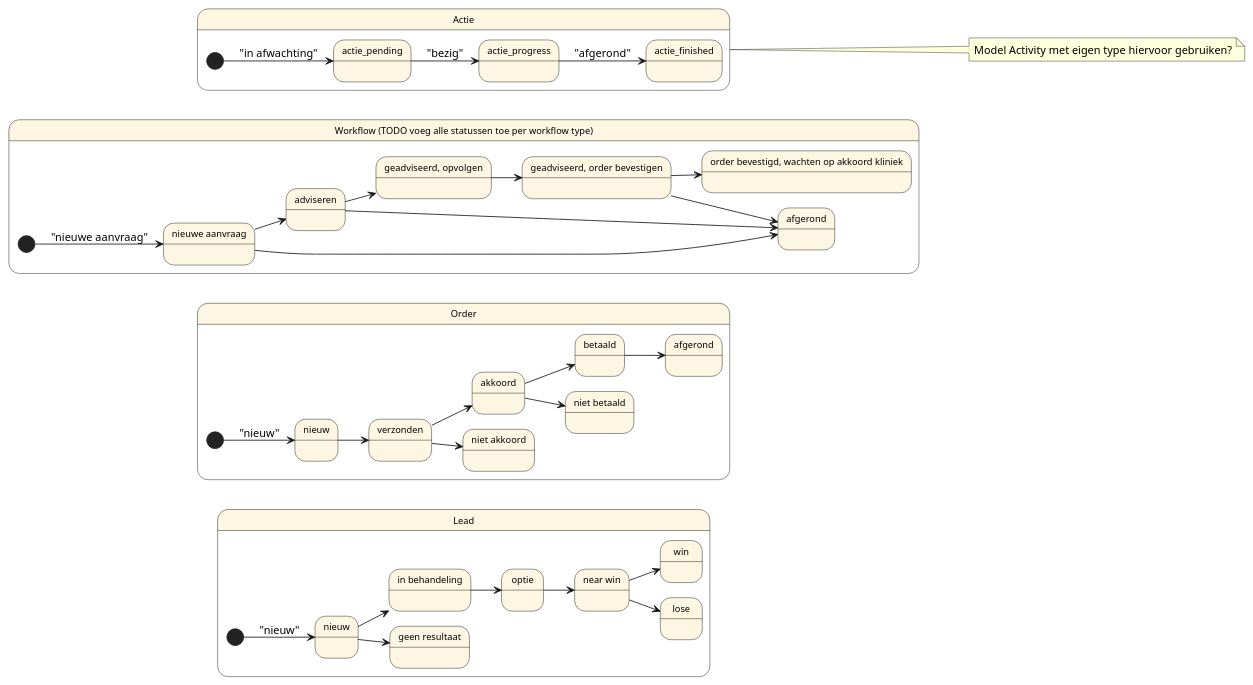
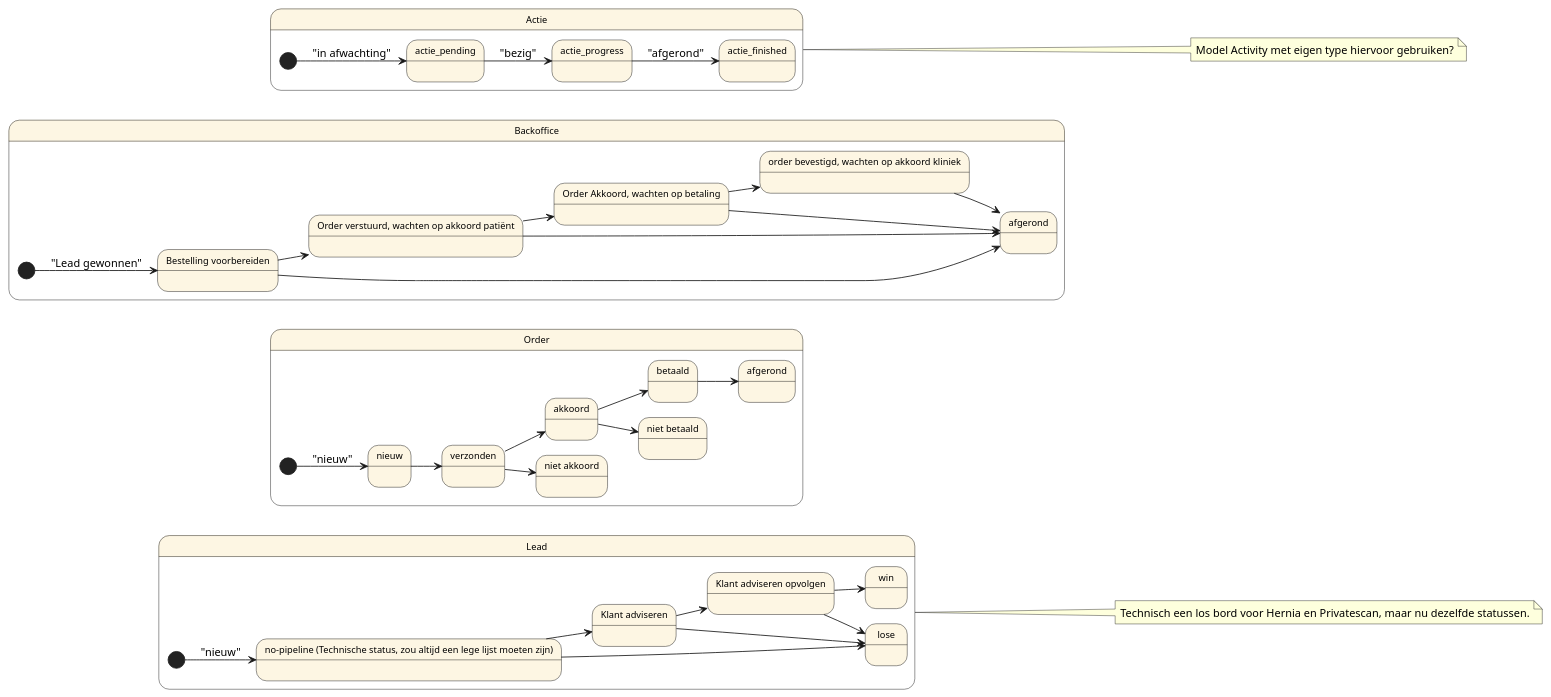
The diagram in docs/modules/functional_design/pages/functional.adoc (privatescanbv/krayin-laravel-crm), drawn with PlantUML before and after one commit. The commit also changed other lines of this file and 6 other files, not shown here.

Commit message:
docs en fix n8n leads flow

```diff
--- a/docs/modules/functional_design/pages/functional.adoc
+++ b/docs/modules/functional_design/pages/functional.adoc
@@ -12,79 +12,79 @@
 [plantuml]
 ....
 @startuml
 left to right direction
 skinparam state {
   BackgroundColor #FDF6E3
   BorderColor Black
   FontSize 11
 }
 
-' -- LEAD --
+' -- LEAD (hernia & privatescan --
 state "Lead" as Lead {
   [*] --> lead_new : "nieuw"
-  state lead_new as "nieuw"
-  state lead_progress as "in behandeling"
-  state lead_stop as "geen resultaat"
-  state lead_option as "optie"
-  state lead_nearwin as "near win"
+  state lead_new as "no-pipeline (Technische status, zou altijd een lege lijst moeten zijn)"
+  state lead_progress as "Klant adviseren"
+  state lead_progress_after as "Klant adviseren opvolgen"
   state lead_win as "win"
   state lead_lose as "lose"
 
   lead_new --> lead_progress
-  lead_new --> lead_stop
-  lead_progress --> lead_option
-  lead_option --> lead_nearwin
-  lead_nearwin --> lead_win
-  lead_nearwin --> lead_lose
+  lead_new --> lead_lose
+  lead_progress --> lead_progress_after
+  lead_progress --> lead_lose
+  lead_progress_after --> lead_win
+  lead_progress_after --> lead_lose
 }
 
 ' -- ORDER --
 state "Order" as Order {
   [*] --> order_new : "nieuw"
   state order_new as "nieuw"
   state order_send as "verzonden"
   state order_confirmed as "akkoord"
   state order_cancelled as "niet akkoord"
   state order_payed as "betaald"
   state order_not_payed as "niet betaald"
   state order_afgerond as "afgerond"
 
   order_new --> order_send
   order_send --> order_confirmed
   order_send --> order_cancelled
   order_confirmed --> order_payed
   order_confirmed --> order_not_payed
   order_payed --> order_afgerond
 }
 
 ' -- WORKFLOW --
-state "Workflow (TODO voeg alle statussen toe per workflow type)" as Workflow {
-  [*] --> wf_new : "nieuwe aanvraag"
-  state wf_new as "nieuwe aanvraag"
-  state wf_in_progress as "adviseren"
-  state wf_advised_prepared as "geadviseerd, opvolgen"
-  state wf_advised_create_order as "geadviseerd, order bevestigen"
-  state wf_order_confirmed_patient as "order bevestigd, wachten op akkoord kliniek"
+state "Backoffice" as Backoffice {
+  [*] --> wf_new : "Lead gewonnen"
+  state wf_new as "Bestelling voorbereiden"
+  state wf_order_send as "Order verstuurd, wachten op akkoord patiënt"
+  state wf_order_confirmed_patient_wait_payment as "Order Akkoord, wachten op betaling"
+  state wf_order_confirmed_patient_and_payed as "order bevestigd, wachten op akkoord kliniek"
   state wf_closed as "afgerond"
 
-  wf_new --> wf_in_progress
+  wf_new --> wf_order_send
   wf_new --> wf_closed
-  wf_in_progress --> wf_advised_prepared
-  wf_in_progress --> wf_closed
-  wf_advised_prepared --> wf_advised_create_order
-  wf_advised_create_order --> wf_order_confirmed_patient
-  wf_advised_create_order --> wf_closed
+  wf_order_send --> wf_order_confirmed_patient_wait_payment
+  wf_order_send --> wf_closed
+  wf_order_confirmed_patient_wait_payment --> wf_order_confirmed_patient_and_payed
+  wf_order_confirmed_patient_wait_payment --> wf_closed
+  wf_order_confirmed_patient_and_payed --> wf_closed
 
 }
 
 ' -- ACTIE --
 state "Actie" as Actie {
   [*] --> actie_pending : "in afwachting"
   actie_pending --> actie_progress : "bezig"
   actie_progress --> actie_finished : "afgerond"
 }
 note right of Actie
     Model Activity met eigen type hiervoor gebruiken?
-  end note
+end note
+note right of Lead
+    Technisch een los bord voor Hernia en Privatescan, maar nu dezelfde statussen.
+end note
 @enduml
 ....
```
